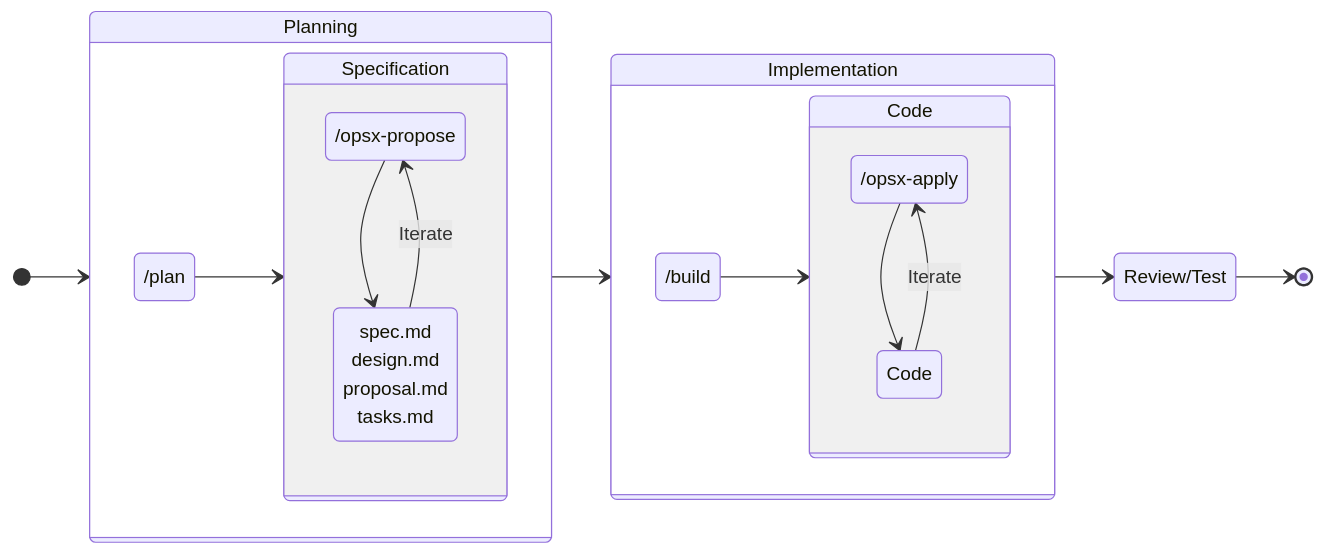
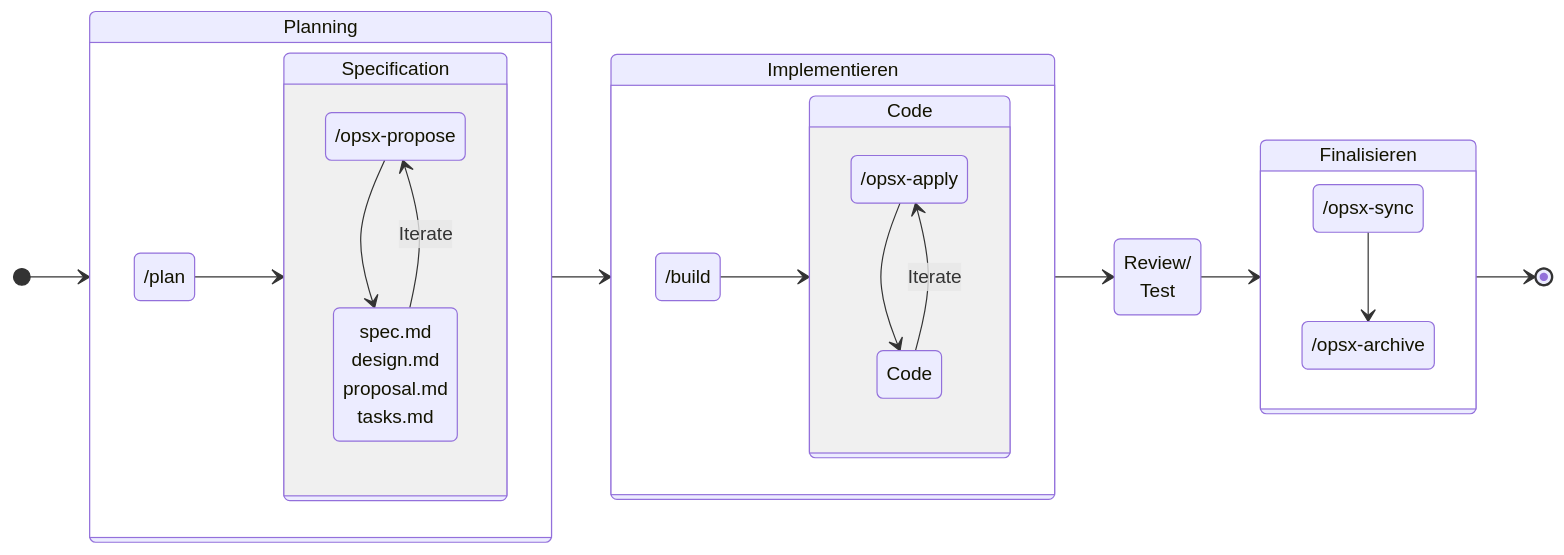
The diagram in pages/dev-cycle-open-spec.md (park-jasper/spec-driven-development-workshop), drawn with Mermaid before and after one commit. The commit also changed 2 other files, not shown here.

Commit message:
feat: update tools and cycle

````diff
--- a/pages/dev-cycle-open-spec.md
+++ b/pages/dev-cycle-open-spec.md
@@ -16,40 +16,50 @@
 ```mermaid
 stateDiagram-v2
     direction LR
     [*] --> PlanMode
 
     state "Planning" as PlanMode {
         direction LR
         state "/plan" as PlanCommand
         
         state "Specification" as SpecWrapper {
             state "/opsx-propose" as WriteSpec
             state "spec.md<br>design.md<br>proposal.md<br>tasks.md" as Spec
             WriteSpec --> Spec
             Spec --> WriteSpec : Iterate
         }
 
         PlanCommand --> SpecWrapper
     }
 
     PlanMode --> BuildMode
 
-    state "Implementation" as BuildMode {
+    state "Implementieren" as BuildMode {
         direction LR
         state "/build" as BuildCommand
 
         state "Code" as ImplementWrapper {
             state "/opsx-apply" as ImplementCode
             state "Code" as Code
             ImplementCode --> Code
             Code --> ImplementCode : Iterate
         }
 
         BuildCommand --> ImplementWrapper
     }
 
-    state "Review/Test" as Review
+    state "Review/<br>Test" as Review
 
-    BuildMode    --> Review
-    Review --> [*]
+    BuildMode --> Review
+
+    state "Finalisieren" as Cleanup {
+        direction TB
+        state "/opsx-sync" as OpsxSync
+        state "/opsx-archive" as OpsxArchive
+
+        OpsxSync --> OpsxArchive
+    }
+
+    Review --> Cleanup
+    Cleanup --> [*]
 ```
````
